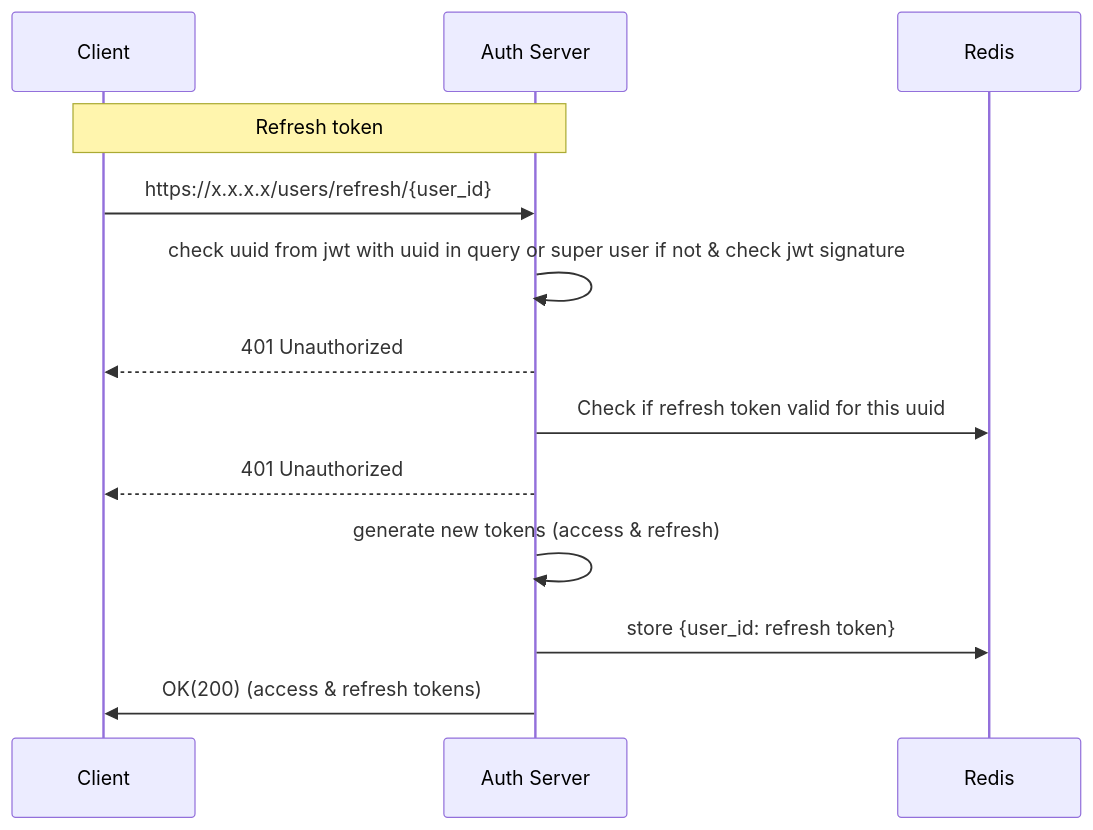
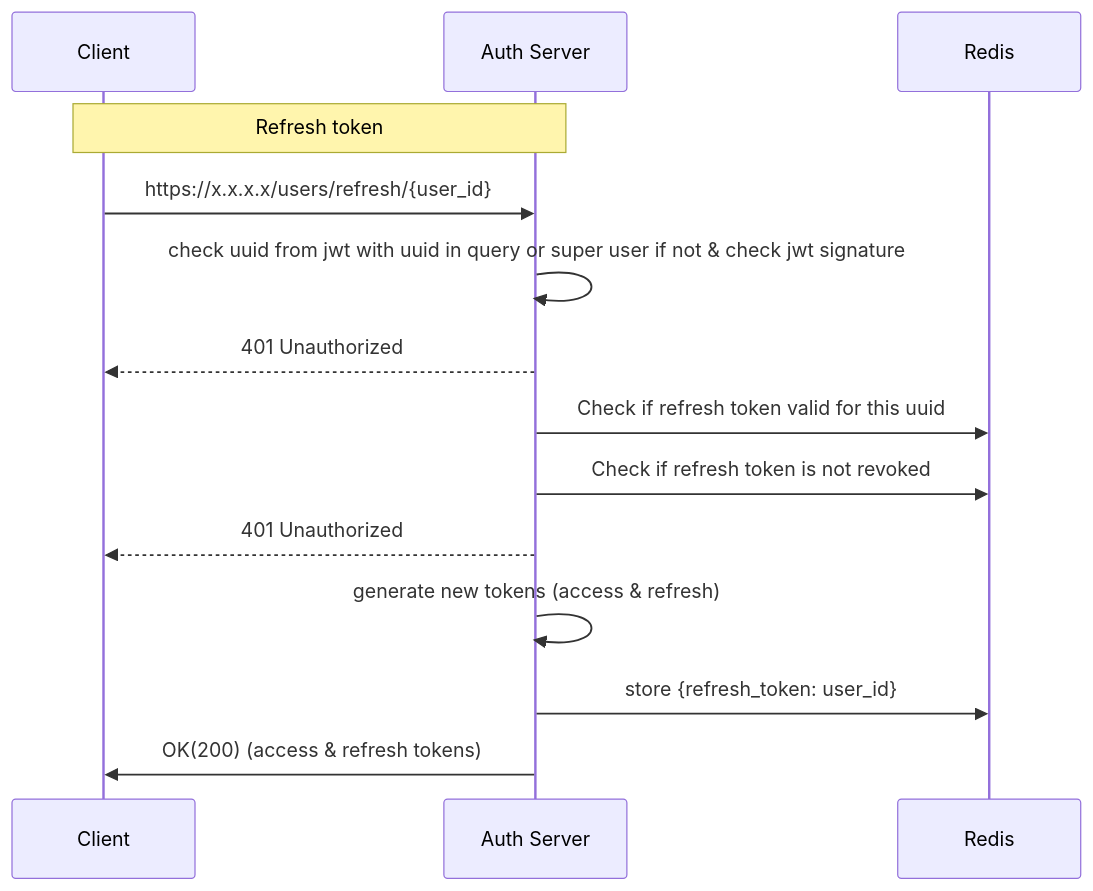
One commit to veselij/Auth_sprint_6_team_5 changed the diagram in Docs/1_users/3_refresh_token.md. Above: the diagram before and after it, drawn with Mermaid. The commit also changed other lines of this file and 6 other files, not shown here.

````diff
--- a/Docs/1_users/3_refresh_token.md
+++ b/Docs/1_users/3_refresh_token.md
@@ -1,17 +1,18 @@
 ```mermaid
 sequenceDiagram
     participant C as Client  
     participant S as Auth Server
     participant R as Redis
 
 	Note over C, S: Refresh token
 	C->>S: https://x.x.x.x/users/refresh/{user_id}
 	S->>S: check uuid from jwt with uuid in query or super user if not & check jwt signature
 	S-->>C: 401 Unauthorized
 	S->>R: Check if refresh token valid for this uuid
+	S->>R: Check if refresh token is not revoked
 	S-->>C: 401 Unauthorized
 	S->>S: generate new tokens (access & refresh)
-	S->>R: store {user_id: refresh token}
+	S->>R: store {refresh_token: user_id}
 	S->>C: OK(200) (access & refresh tokens)
 	
 ```
````
